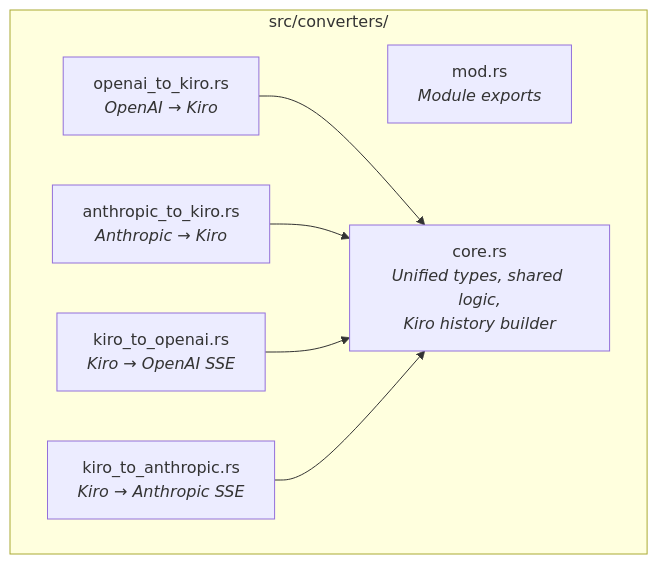
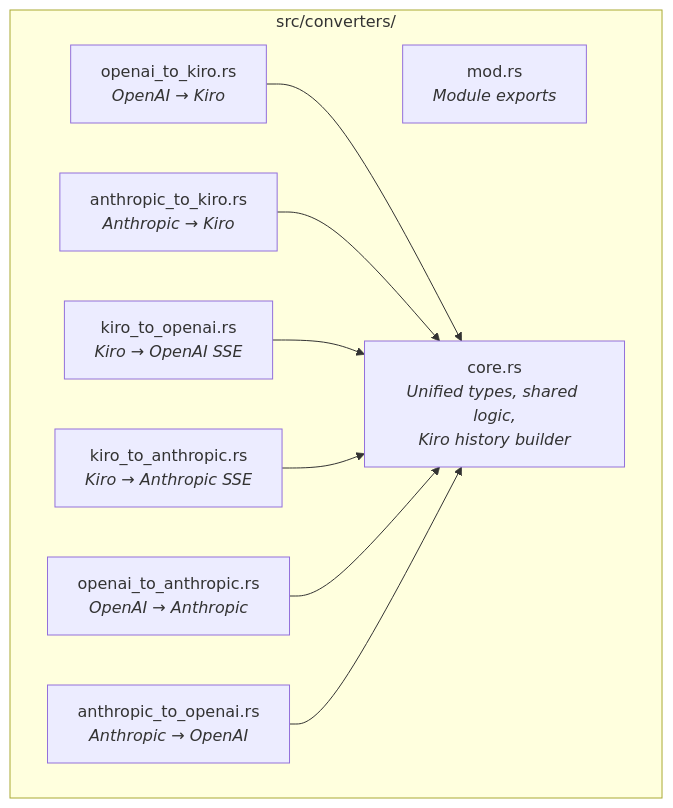
The second of 6 diagrams in gh-pages/docs/architecture/converters.md (wongtsejian/rkgw), drawn with Mermaid before and after one commit. The commit also changed other lines of this file and 15 other files, not shown here.

````diff
--- a/gh-pages/docs/architecture/converters.md
+++ b/gh-pages/docs/architecture/converters.md
@@ -79,16 +79,20 @@
 ```mermaid
 flowchart TD
     subgraph "src/converters/"
         MOD["mod.rs<br/><i>Module exports</i>"]
         CORE["core.rs<br/><i>Unified types, shared logic,<br/>Kiro history builder</i>"]
         O2K["openai_to_kiro.rs<br/><i>OpenAI → Kiro</i>"]
         A2K["anthropic_to_kiro.rs<br/><i>Anthropic → Kiro</i>"]
         K2O["kiro_to_openai.rs<br/><i>Kiro → OpenAI SSE</i>"]
         K2A["kiro_to_anthropic.rs<br/><i>Kiro → Anthropic SSE</i>"]
+        O2A["openai_to_anthropic.rs<br/><i>OpenAI → Anthropic</i>"]
+        A2O["anthropic_to_openai.rs<br/><i>Anthropic → OpenAI</i>"]
     end
 
     O2K --> CORE
     A2K --> CORE
     K2O --> CORE
     K2A --> CORE
+    O2A --> CORE
+    A2O --> CORE
 ```
````
